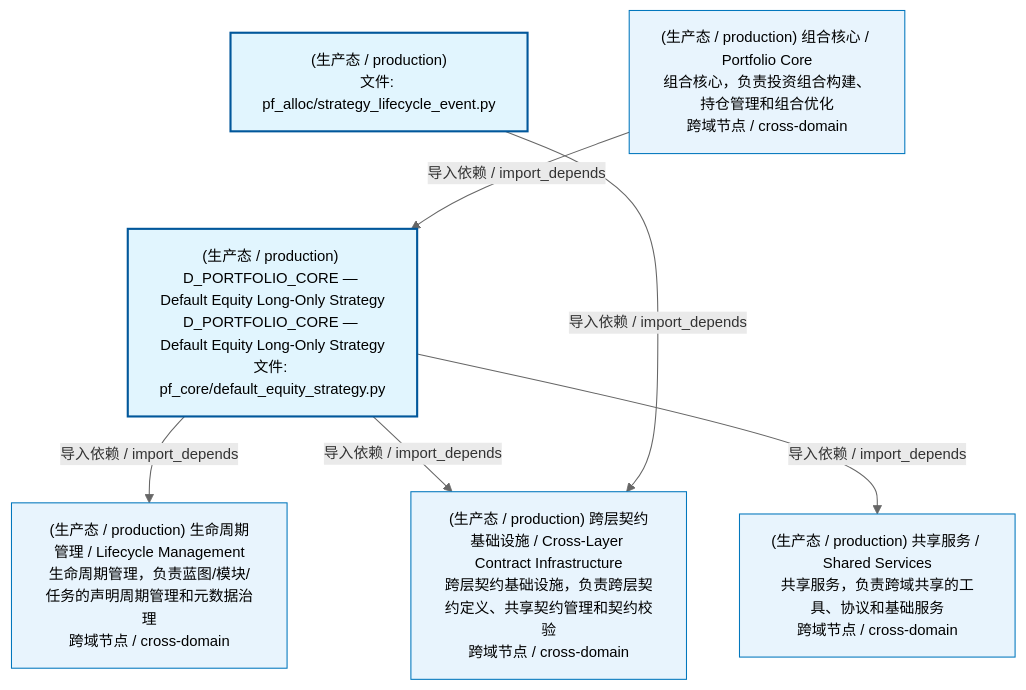
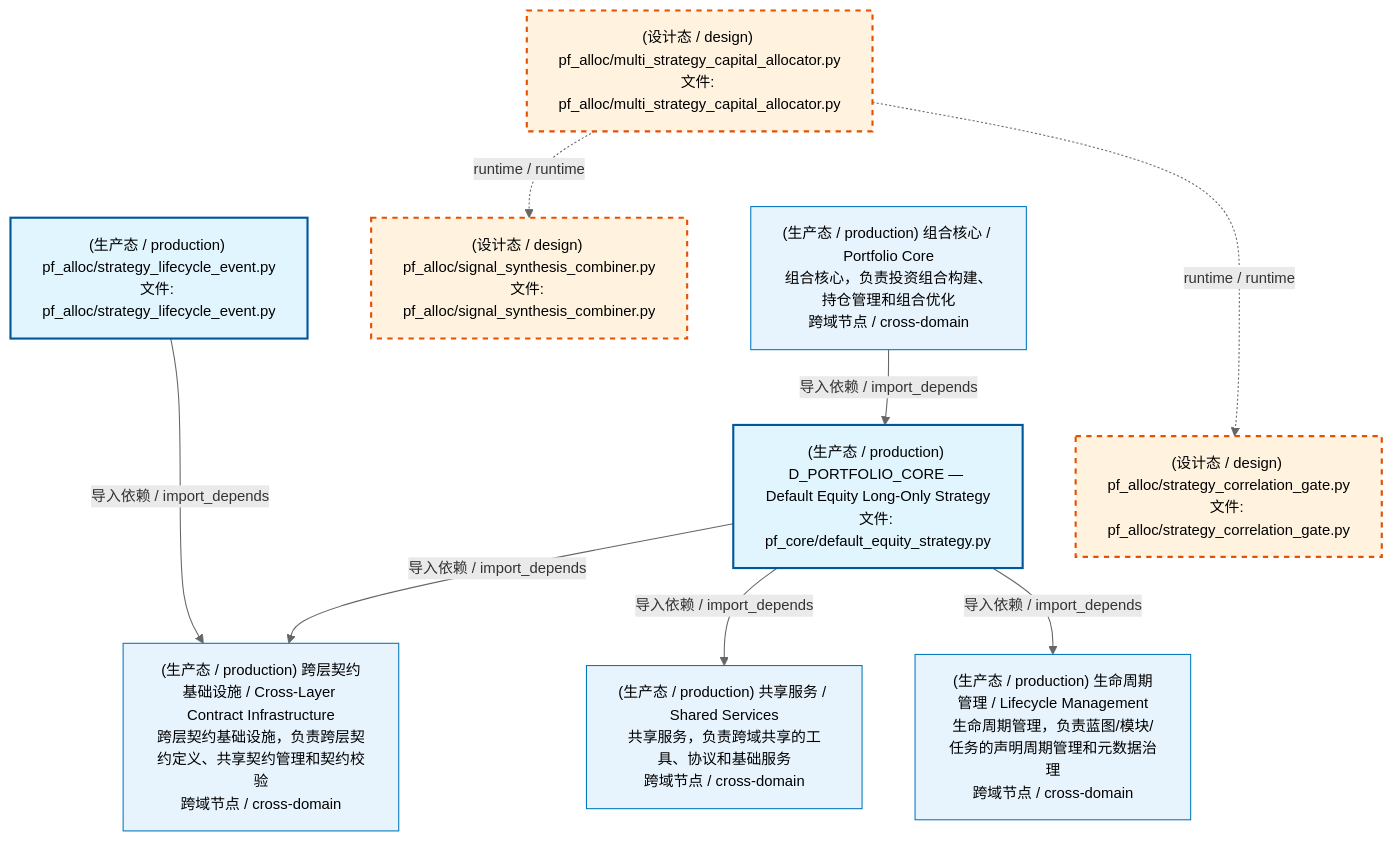
The first of 4 diagrams in docs/02_enterprise_architecture/02_domain_architecture_docs/62_d_pf_alloc.md (xuanFelixVan/ZephyrAlpha), drawn with Mermaid before and after one commit. The commit also changed other lines of this file and 77 other files, not shown here.

````diff
--- a/docs/02_enterprise_architecture/02_domain_architecture_docs/62_d_pf_alloc.md
+++ b/docs/02_enterprise_architecture/02_domain_architecture_docs/62_d_pf_alloc.md
@@ -53,22 +53,30 @@
 ```mermaid
 %%{init: {'theme': 'base', 'themeVariables': {'primaryColor': '#eaeaea', 'primaryTextColor': '#333333', 'primaryBorderColor': '#666666', 'lineColor': '#666666', 'secondaryColor': '#eaeaea', 'tertiaryColor': '#eaeaea', 'fontSize': '14px'}}}%%
 flowchart TD
-    src_zephyr_pf_alloc_strategy_lifecycle_event_py["(生产态 / production)<br/>文件: pf_alloc/strategy_lifecycle_event.py"]
-    src_zephyr_pf_core_default_equity_strategy_py["(生产态 / production) D_PORTFOLIO_CORE — Default Equity Long-Only Strategy<br/>D_PORTFOLIO_CORE — Default Equity Long-Only Strategy<br/>文件: pf_core/default_equity_strategy.py"]
+    src_zephyr_pf_alloc_multi_strategy_capital_allocator_py["(设计态 / design) pf_alloc/multi_strategy_capital_allocator.py<br/>文件: pf_alloc/multi_strategy_capital_allocator.py"]
+    src_zephyr_pf_alloc_strategy_lifecycle_event_py["(生产态 / production) pf_alloc/strategy_lifecycle_event.py<br/>文件: pf_alloc/strategy_lifecycle_event.py"]
+    src_zephyr_pf_core_default_equity_strategy_py["(生产态 / production) D_PORTFOLIO_CORE — Default Equity Long-Only Strategy<br/>文件: pf_core/default_equity_strategy.py"]
+    src_zephyr_pf_alloc_multi_strategy_capital_allocator_py ~~~ src_zephyr_pf_alloc_strategy_lifecycle_event_py
     src_zephyr_pf_alloc_strategy_lifecycle_event_py ~~~ src_zephyr_pf_core_default_equity_strategy_py
+    src_zephyr_pf_alloc_signal_synthesis_combiner_py["(设计态 / design) pf_alloc/signal_synthesis_combiner.py<br/>文件: pf_alloc/signal_synthesis_combiner.py"]
+    src_zephyr_pf_alloc_strategy_correlation_gate_py["(设计态 / design) pf_alloc/strategy_correlation_gate.py<br/>文件: pf_alloc/strategy_correlation_gate.py"]
+    src_zephyr_pf_alloc_signal_synthesis_combiner_py ~~~ src_zephyr_pf_alloc_strategy_correlation_gate_py
+    src_zephyr_pf_alloc_multi_strategy_capital_allocator_py -.->|runtime / runtime| src_zephyr_pf_alloc_signal_synthesis_combiner_py
+    src_zephyr_pf_alloc_multi_strategy_capital_allocator_py -.->|runtime / runtime| src_zephyr_pf_alloc_strategy_correlation_gate_py
+    D_INFRASTRUCTURE["(生产态 / production) 跨层契约基础设施 / Cross-Layer Contract Infrastructure<br/>跨层契约基础设施，负责跨层契约定义、共享契约管理和契约校验<br/>跨域节点 / cross-domain"]
+    src_zephyr_pf_core_default_equity_strategy_py -->|导入依赖 / import_depends| D_INFRASTRUCTURE
+    src_zephyr_pf_alloc_strategy_lifecycle_event_py -->|导入依赖 / import_depends| D_INFRASTRUCTURE
+    D_SHARED["(生产态 / production) 共享服务 / Shared Services<br/>共享服务，负责跨域共享的工具、协议和基础服务<br/>跨域节点 / cross-domain"]
+    src_zephyr_pf_core_default_equity_strategy_py -->|导入依赖 / import_depends| D_SHARED
     D_GOVERNANCE["(生产态 / production) 生命周期管理 / Lifecycle Management<br/>生命周期管理，负责蓝图/模块/任务的声明周期管理和元数据治理<br/>跨域节点 / cross-domain"]
     src_zephyr_pf_core_default_equity_strategy_py -->|导入依赖 / import_depends| D_GOVERNANCE
-    D_INFRASTRUCTURE["(生产态 / production) 跨层契约基础设施 / Cross-Layer Contract Infrastructure<br/>跨层契约基础设施，负责跨层契约定义、共享契约管理和契约校验<br/>跨域节点 / cross-domain"]
-    src_zephyr_pf_core_default_equity_strategy_py -->|导入依赖 / import_depends| D_INFRASTRUCTURE
-    D_SHARED["(生产态 / production) 共享服务 / Shared Services<br/>共享服务，负责跨域共享的工具、协议和基础服务<br/>跨域节点 / cross-domain"]
-    src_zephyr_pf_core_default_equity_strategy_py -->|导入依赖 / import_depends| D_SHARED
-    src_zephyr_pf_alloc_strategy_lifecycle_event_py -->|导入依赖 / import_depends| D_INFRASTRUCTURE
     D_PF_CORE["(生产态 / production) 组合核心 / Portfolio Core<br/>组合核心，负责投资组合构建、持仓管理和组合优化<br/>跨域节点 / cross-domain"]
     D_PF_CORE -->|导入依赖 / import_depends| src_zephyr_pf_core_default_equity_strategy_py
     classDef production fill:#e1f5fe,stroke:#01579b,stroke-width:2px,color:#000
     classDef design fill:#fff3e0,stroke:#e65100,stroke-width:2px,color:#000,stroke-dasharray: 5 5
     classDef external_prod fill:#e8f4fd,stroke:#0277bd,stroke-width:1px,color:#000
     classDef external_design fill:#fff8e7,stroke:#ef6c00,stroke-width:1px,color:#000,stroke-dasharray: 5 5
     class src_zephyr_pf_alloc_strategy_lifecycle_event_py,src_zephyr_pf_core_default_equity_strategy_py production
-    class D_GOVERNANCE,D_INFRASTRUCTURE,D_SHARED,D_PF_CORE external_prod
+    class src_zephyr_pf_alloc_multi_strategy_capital_allocator_py,src_zephyr_pf_alloc_signal_synthesis_combiner_py,src_zephyr_pf_alloc_strategy_correlation_gate_py design
+    class D_INFRASTRUCTURE,D_SHARED,D_GOVERNANCE,D_PF_CORE external_prod
 ```
````
